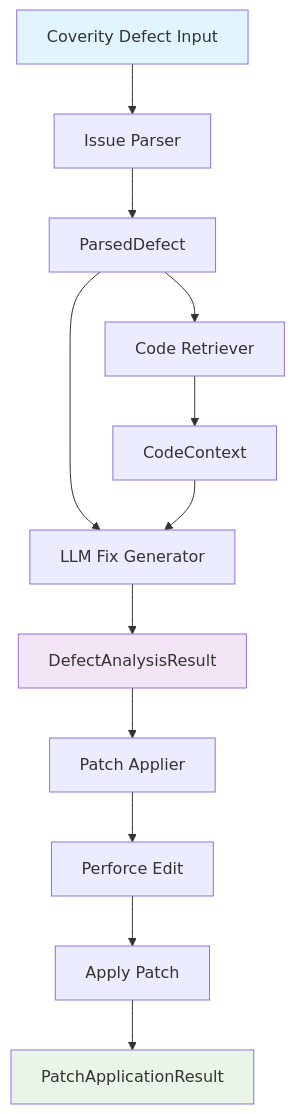
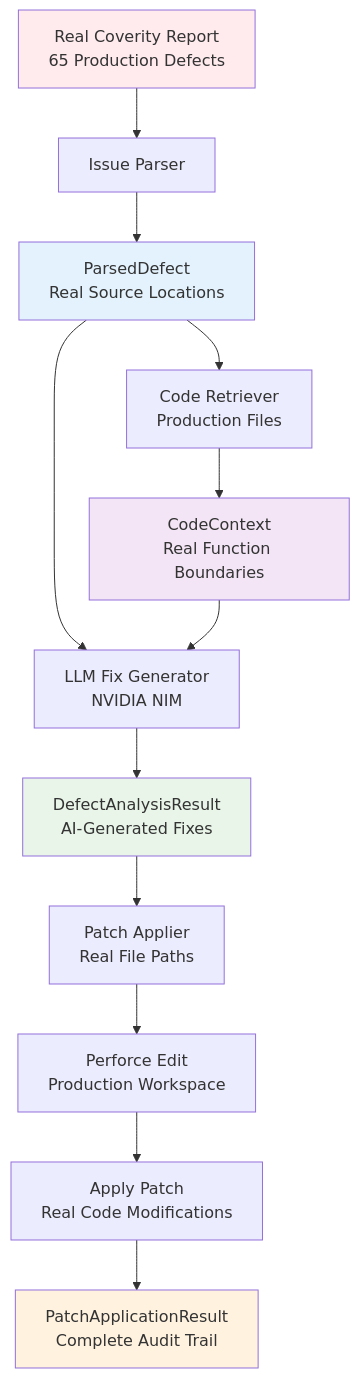
The diagram in .cursor/.ai/tasks/task8b_implement_pipeline_integration_verification.md (louisfghbvc/coverity-agent), drawn with Mermaid before and after one commit. The commit also changed other lines of this file and 10 other files, not shown here.

````diff
--- a/.cursor/.ai/tasks/task8b_implement_pipeline_integration_verification.md
+++ b/.cursor/.ai/tasks/task8b_implement_pipeline_integration_verification.md
@@ -41,18 +66,20 @@
 ```mermaid
 flowchart TD
-    A[Coverity Defect Input] --> B[Issue Parser]
-    B --> C[ParsedDefect]
-    C --> D[Code Retriever]
-    C --> E[LLM Fix Generator]
-    D --> F[CodeContext]
+    A[Real Coverity Report<br/>65 Production Defects] --> B[Issue Parser]
+    B --> C[ParsedDefect<br/>Real Source Locations]
+    C --> D[Code Retriever<br/>Production Files]
+    C --> E[LLM Fix Generator<br/>NVIDIA NIM]
+    D --> F[CodeContext<br/>Real Function Boundaries]
     F --> E
-    E --> G[DefectAnalysisResult]
-    G --> H[Patch Applier]
-    H --> I[Perforce Edit]
-    I --> J[Apply Patch]
-    J --> K[PatchApplicationResult]
+    E --> G[DefectAnalysisResult<br/>AI-Generated Fixes]
+    G --> H[Patch Applier<br/>Real File Paths]
+    H --> I[Perforce Edit<br/>Production Workspace]
+    I --> J[Apply Patch<br/>Real Code Modifications]
+    J --> K[PatchApplicationResult<br/>Complete Audit Trail]
     
-    style A fill:#e1f5fe
-    style G fill:#f3e5f5
-    style K fill:#e8f5e8
+    style A fill:#ffebee
+    style C fill:#e3f2fd
+    style F fill:#f3e5f5
+    style G fill:#e8f5e8
+    style K fill:#fff3e0
 ```
````
